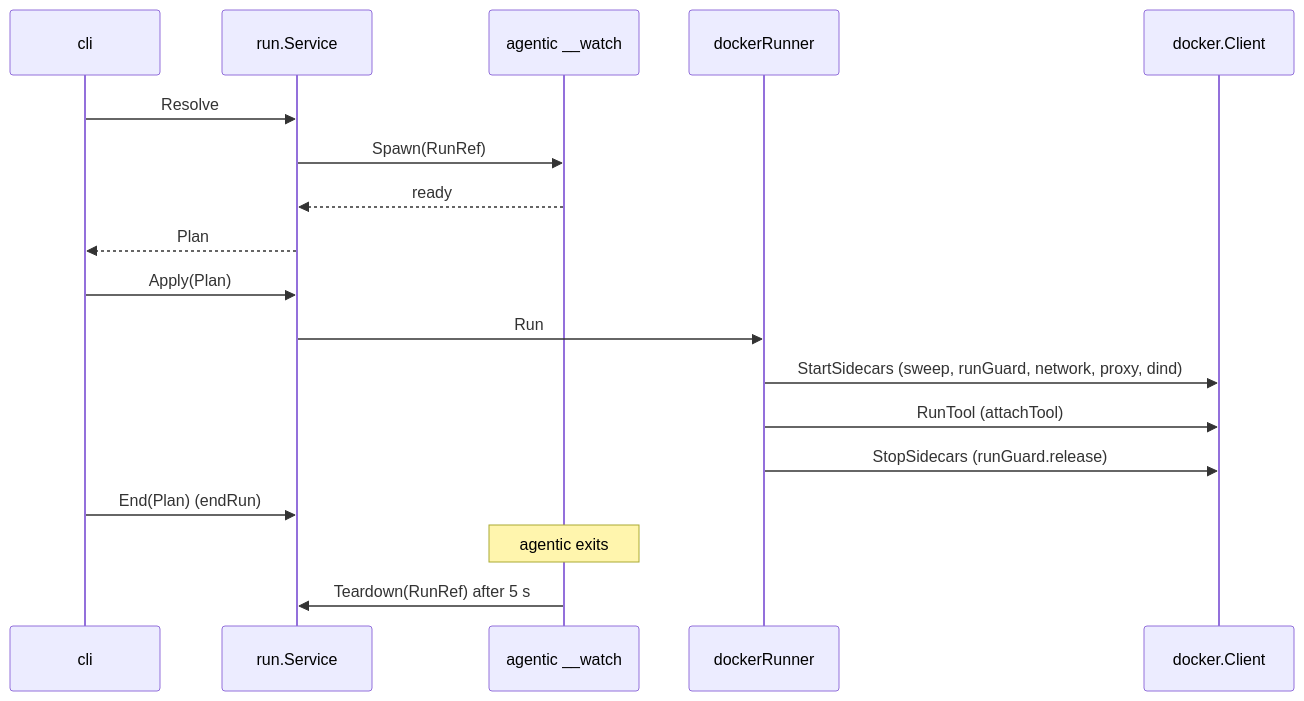
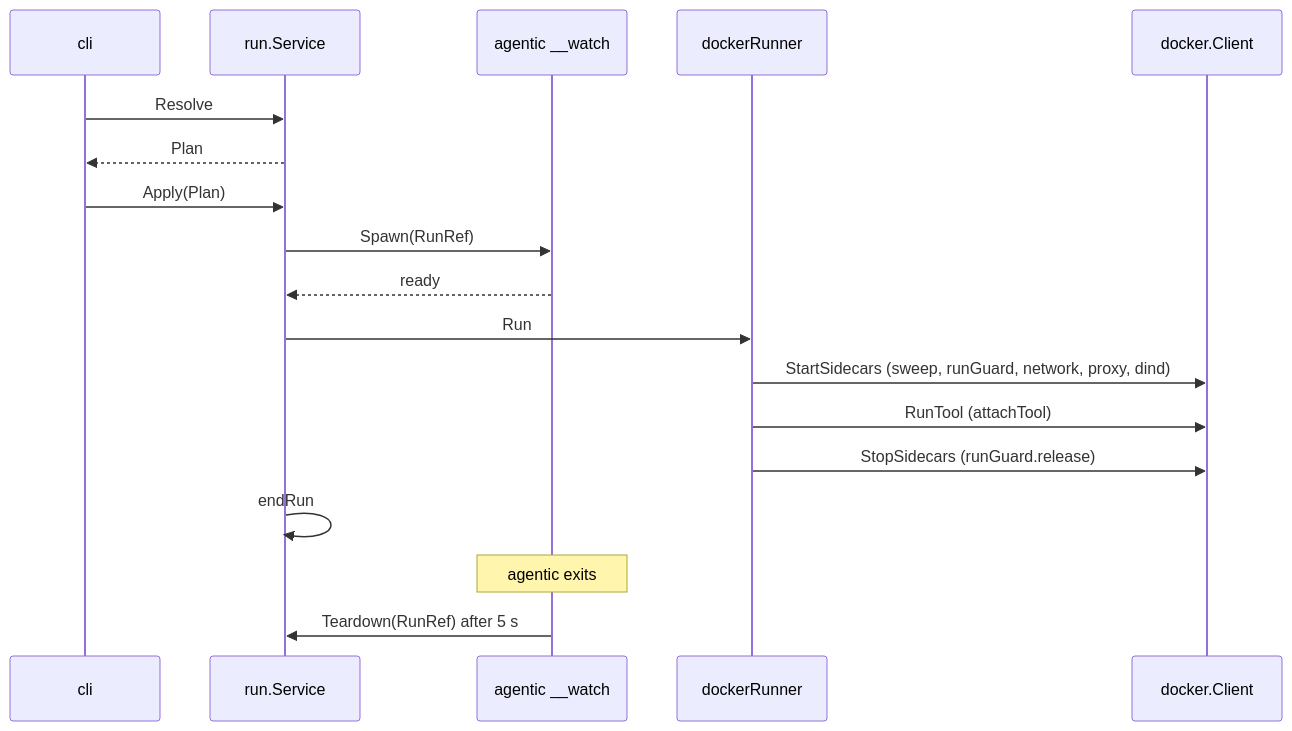
The third of 4 diagrams in docs/lifecycle.md (dylanvgils/agentic-cli), drawn with Mermaid before and after one commit. The commit also changed other lines of this file and 6 other files, not shown here.

Commit message:
refactor: start the run in Apply instead of Resolve (#374)

````diff
--- a/docs/lifecycle.md
+++ b/docs/lifecycle.md
@@ -66,20 +66,20 @@
 ```mermaid
 sequenceDiagram
     participant cli
     participant svc as run.Service
     participant watch as agentic __watch
     participant dr as dockerRunner
     participant dc as docker.Client
     cli->>svc: Resolve
+    svc-->>cli: Plan
+    cli->>svc: Apply(Plan)
     svc->>watch: Spawn(RunRef)
     watch-->>svc: ready
-    svc-->>cli: Plan
-    cli->>svc: Apply(Plan)
     svc->>dr: Run
     dr->>dc: StartSidecars (sweep, runGuard, network, proxy, dind)
     dr->>dc: RunTool (attachTool)
     dr->>dc: StopSidecars (runGuard.release)
-    cli->>svc: End(Plan) (endRun)
+    svc->>svc: endRun
     Note over watch: agentic exits
     watch->>svc: Teardown(RunRef) after 5 s
 ```
````
